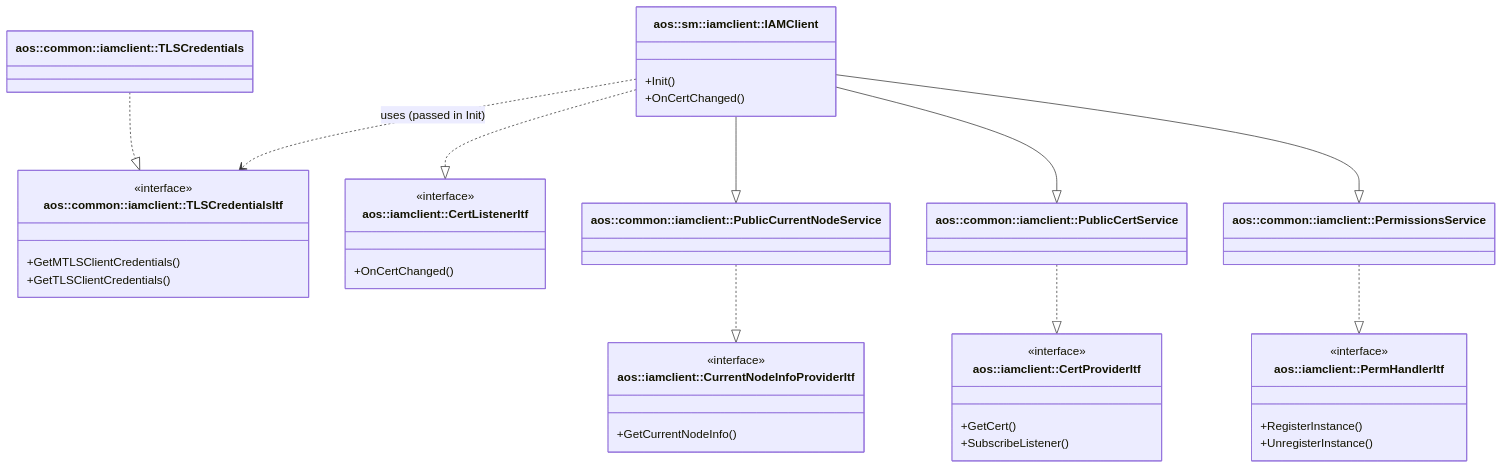
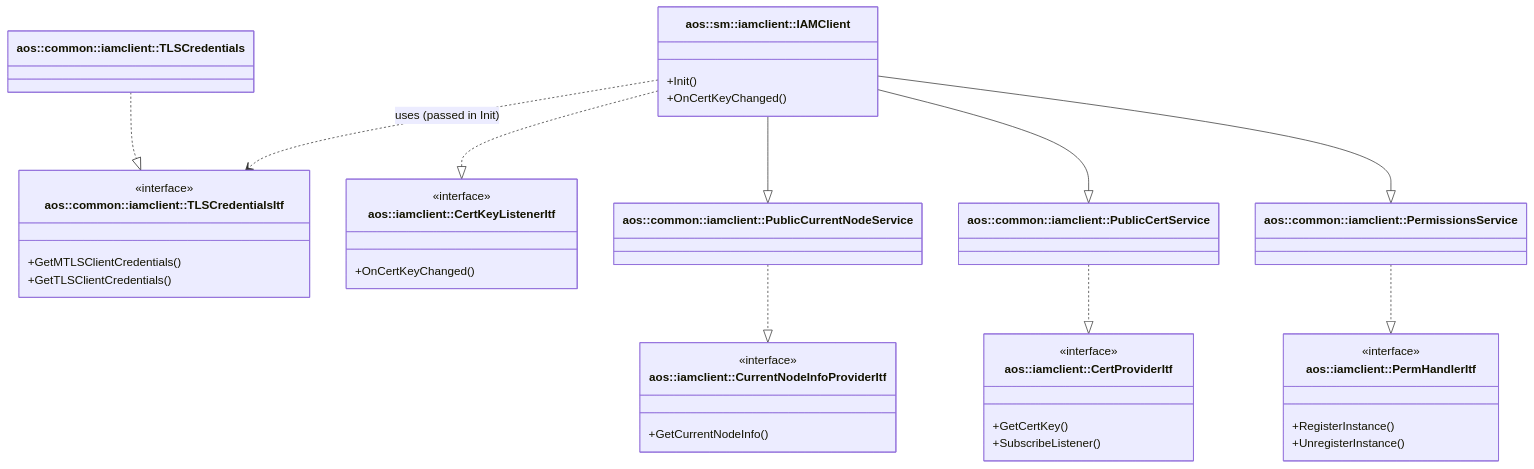
Before and after one commit to aosedge/aos_core_cpp: the diagram in src/sm/iamclient/iamclient.md, drawn with Mermaid. The commit also changed other lines of this file and 41 other files, not shown here.

First line of the commit message:
all: rename cert provider API to cert key

````diff
--- a/src/sm/iamclient/iamclient.md
+++ b/src/sm/iamclient/iamclient.md
@@ -48,62 +48,62 @@
 ```mermaid
 classDiagram
     class IAMClient ["aos::sm::iamclient::IAMClient"] {
         +Init()
-        +OnCertChanged()
+        +OnCertKeyChanged()
     }
 
     class PermHandlerItf ["aos::iamclient::PermHandlerItf"] {
         <<interface>>
         +RegisterInstance()
         +UnregisterInstance()
     }
 
     class CertProviderItf ["aos::iamclient::CertProviderItf"] {
         <<interface>>
-        +GetCert()
+        +GetCertKey()
         +SubscribeListener()
     }
 
     class CurrentNodeInfoProviderItf ["aos::iamclient::CurrentNodeInfoProviderItf"] {
         <<interface>>
         +GetCurrentNodeInfo()
     }
 
-    class CertListenerItf ["aos::iamclient::CertListenerItf"] {
+    class CertKeyListenerItf ["aos::iamclient::CertKeyListenerItf"] {
         <<interface>>
-        +OnCertChanged()
+        +OnCertKeyChanged()
     }
 
     class TLSCredentialsItf ["aos::common::iamclient::TLSCredentialsItf"] {
         <<interface>>
         +GetMTLSClientCredentials()
         +GetTLSClientCredentials()
     }
 
     class PermissionsService ["aos::common::iamclient::PermissionsService"] {
     }
 
     class PublicCertService ["aos::common::iamclient::PublicCertService"] {
     }
 
     class PublicCurrentNodeService ["aos::common::iamclient::PublicCurrentNodeService"] {
     }
 
     class TLSCredentials ["aos::common::iamclient::TLSCredentials"] {
     }
 
     %% Service classes implement specific interfaces
     PermissionsService ..|> PermHandlerItf
     PublicCertService ..|> CertProviderItf
     PublicCurrentNodeService ..|> CurrentNodeInfoProviderItf
     TLSCredentials ..|> TLSCredentialsItf
 
     %% IAMClient inherits from service classes
     IAMClient --|> PermissionsService
     IAMClient --|> PublicCertService
     IAMClient --|> PublicCurrentNodeService
-    IAMClient ..|> CertListenerItf
+    IAMClient ..|> CertKeyListenerItf
 
     %% TLSCredentials is passed as parameter (not inherited)
     IAMClient ..> TLSCredentialsItf : uses (passed in Init)
 ```
````
